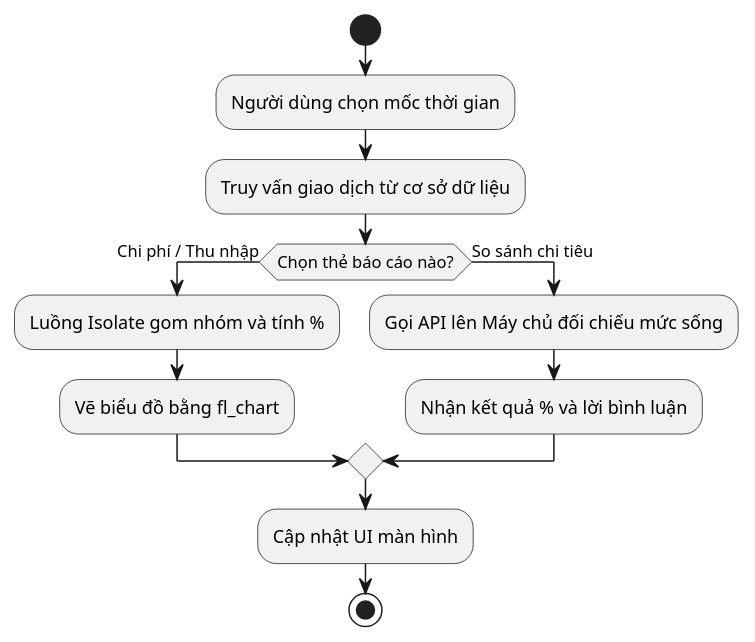
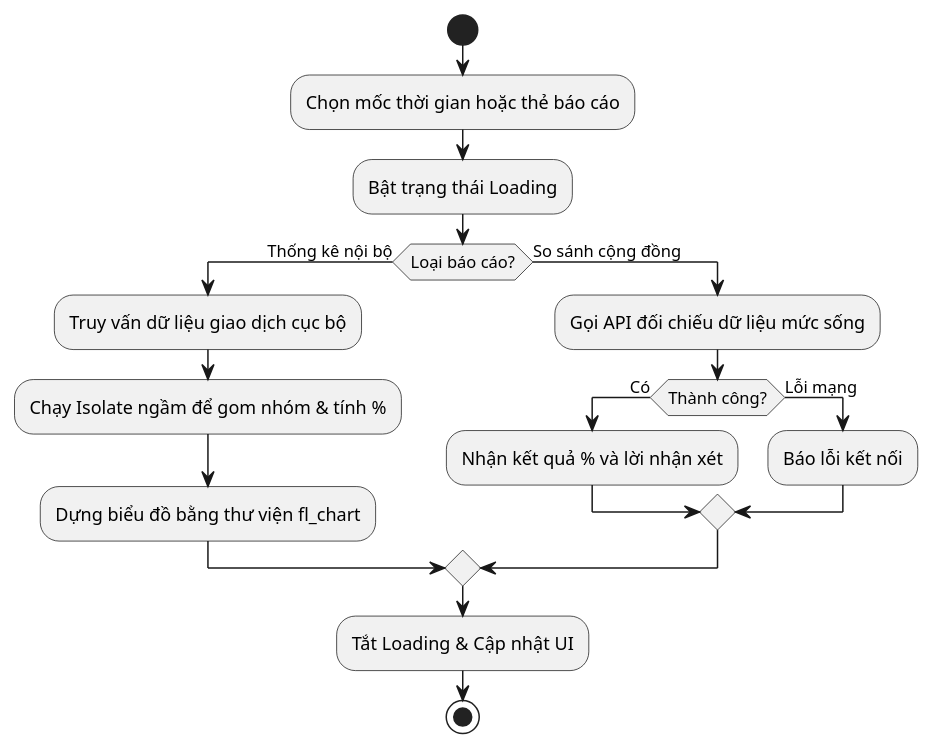
Before and after one commit to maikhang160504/spending-diary: the eighth of 28 diagrams in Luan_van_Hoan_chinh.md, drawn with PlantUML. The commit also changed other lines of this file and 72 other files, not shown here.

````diff
--- a/Luan_van_Hoan_chinh.md
+++ b/Luan_van_Hoan_chinh.md
@@ -817,16 +872,21 @@
 ```plantuml
 @startuml
 start
-:Người dùng chọn mốc thời gian;
-:Truy vấn giao dịch từ cơ sở dữ liệu;
-if (Chọn thẻ báo cáo nào?) then (Chi phí / Thu nhập)
-  :Luồng Isolate gom nhóm và tính %;
-  :Vẽ biểu đồ bằng fl_chart;
-else (So sánh chi tiêu)
-  :Gọi API lên Máy chủ đối chiếu mức sống;
-  :Nhận kết quả % và lời bình luận;
+:Chọn mốc thời gian hoặc thẻ báo cáo;
+:Bật trạng thái Loading;
+if (Loại báo cáo?) then (Thống kê nội bộ)
+  :Truy vấn dữ liệu giao dịch cục bộ;
+  :Chạy Isolate ngầm để gom nhóm & tính %;
+  :Dựng biểu đồ bằng thư viện fl_chart;
+else (So sánh cộng đồng)
+  :Gọi API đối chiếu dữ liệu mức sống;
+  if (Thành công?) then (Có)
+    :Nhận kết quả % và lời nhận xét;
+  else (Lỗi mạng)
+    :Báo lỗi kết nối;
+  endif
 endif
-:Cập nhật UI màn hình;
+:Tắt Loading & Cập nhật UI;
 stop
 @enduml
 ```
````
